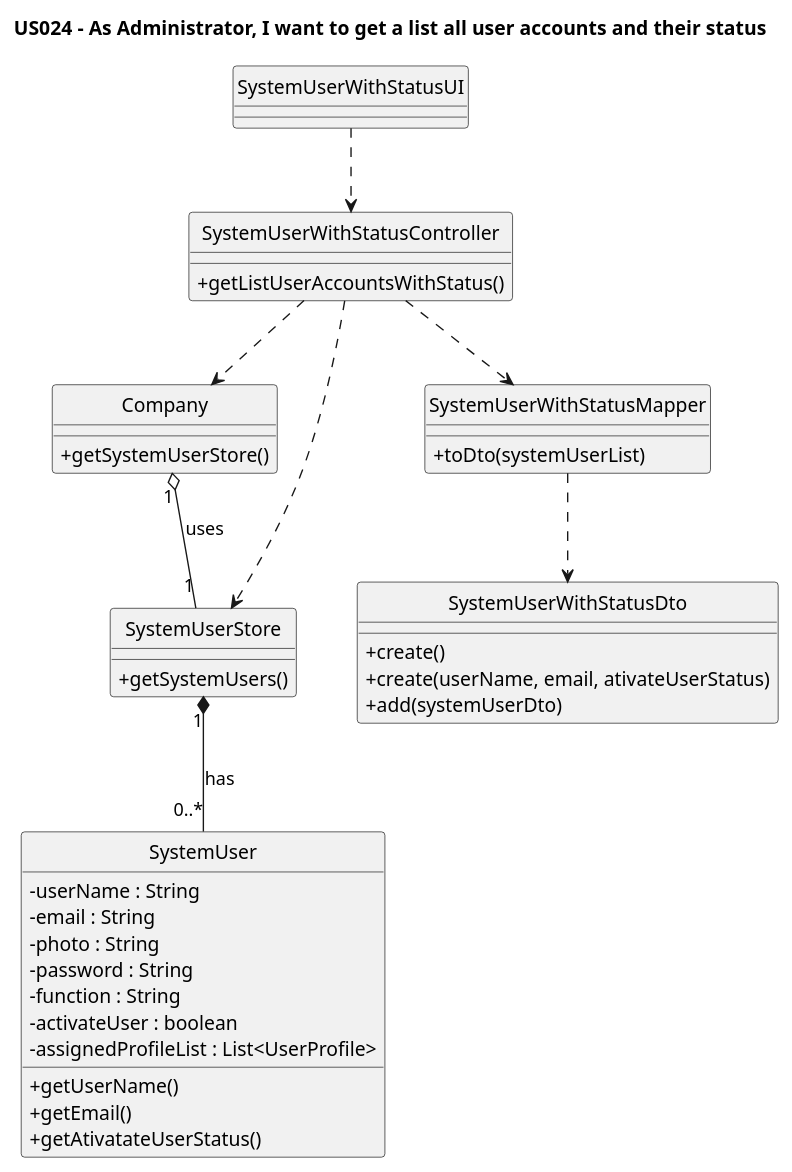
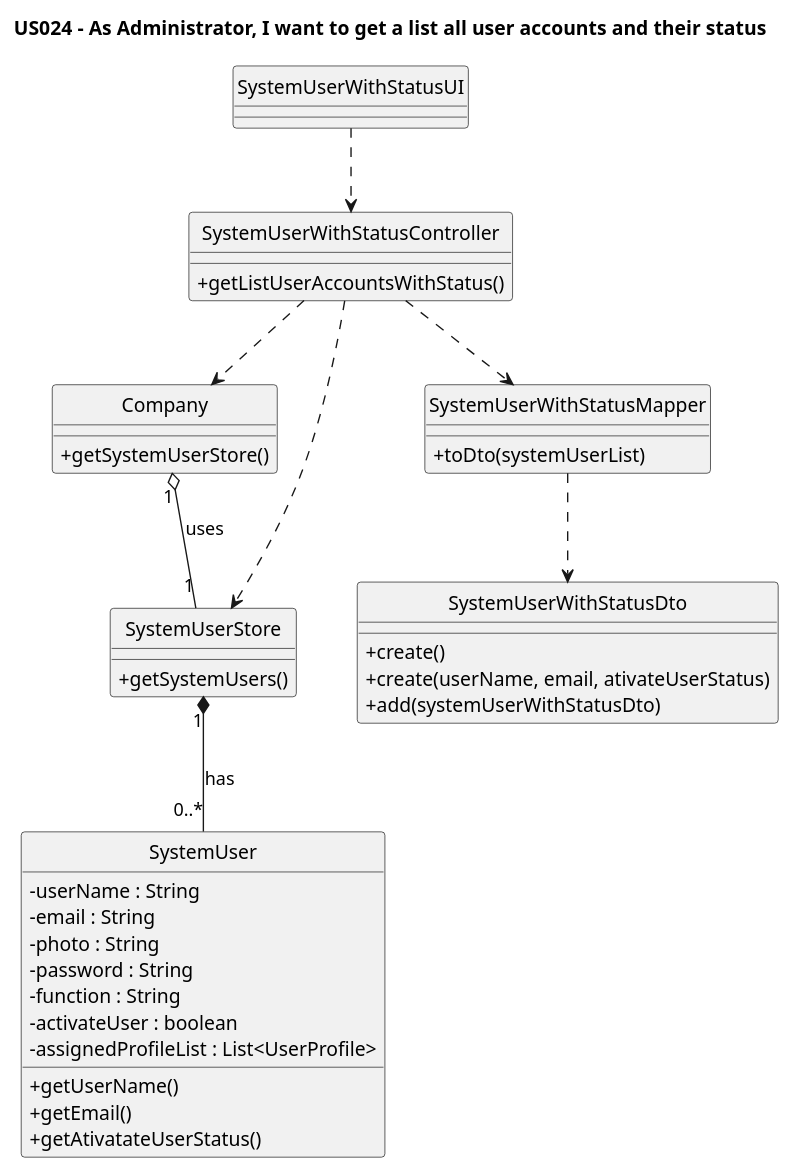
The diagram in docs/Sprint3/US024/US024-CD.puml (nunogon1211787/projectManagement), drawn with PlantUML before and after one commit. The commit also changed 8 other files, not shown here.

```diff
--- a/docs/Sprint3/US024/US024-CD.puml
+++ b/docs/Sprint3/US024/US024-CD.puml
@@ -1,62 +1,62 @@
 @startuml
 'https://plantuml.com/class-diagram
 
 hide circle
 skinparam classAttributeIconSize 0
 
 title US024 - As Administrator, I want to get a list all user accounts and their status
 
 class SystemUserWithStatusUI {
 
 }
 
 class SystemUserWithStatusController {
     +getListUserAccountsWithStatus()
 
 }
 
 class Company {
     +getSystemUserStore()
 }
 
 class SystemUserStore {
 +getSystemUsers()
 }
 
 class SystemUserWithStatusMapper{
 +toDto(systemUserList)
 }
 
 class SystemUser {
 -userName : String
 -email : String
 -photo : String
 -password : String
 -function : String
 -activateUser : boolean
 -assignedProfileList : List<UserProfile>
 +getUserName()
 +getEmail()
 +getAtivatateUserStatus()
 }
 
 class SystemUserWithStatusDto {
 +create()
 +create(userName, email, ativateUserStatus)
-+add(systemUserDto)
++add(systemUserWithStatusDto)
 
 }
 
 SystemUserWithStatusUI ..> SystemUserWithStatusController
 
 SystemUserWithStatusController ..> Company
 SystemUserWithStatusController ..> SystemUserStore
 SystemUserWithStatusController ..> SystemUserWithStatusMapper
 SystemUserWithStatusMapper ..> SystemUserWithStatusDto
 
 
 
 Company "1" o-- "1" SystemUserStore: uses
 SystemUserStore "1" *-- "0..*" SystemUser: has
 
 @enduml
```
